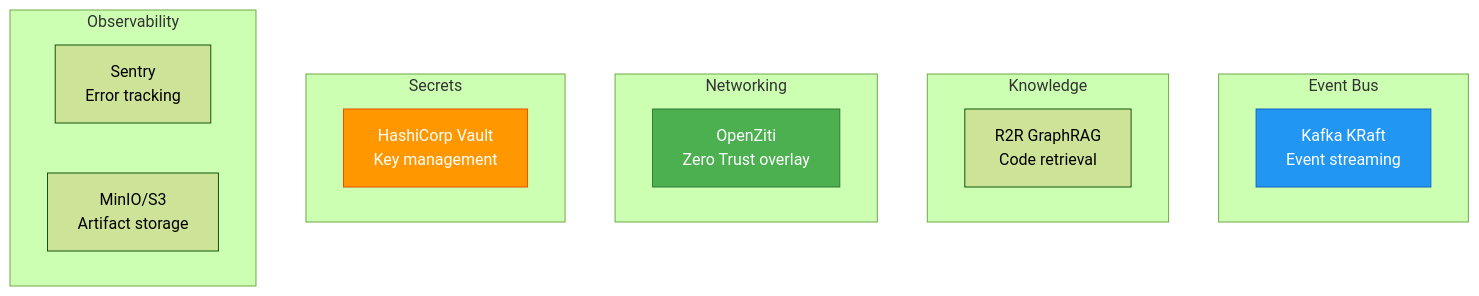
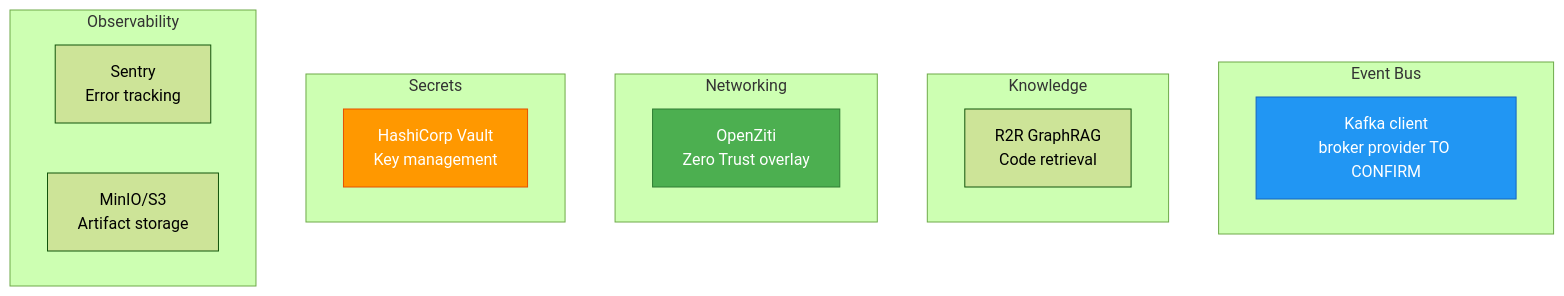
One commit to lgcorzo/rust_CACD_autonomous_factory changed the first of 2 diagrams in wiki/architecture/infrastructure_adapters.md. Above: the diagram before and after it, drawn with Mermaid (forest theme). The commit also changed other lines of this file and 77 other files, not shown here.

````diff
--- a/wiki/architecture/infrastructure_adapters.md
+++ b/wiki/architecture/infrastructure_adapters.md
@@ -23,23 +23,23 @@
 ```mermaid
 graph TB
     subgraph "Event Bus"
-        KAFKA["Kafka KRaft<br/>Event streaming"]
+        KAFKA["Kafka client<br/>broker provider TO CONFIRM"]
     end
     subgraph "Knowledge"
         R2R["R2R GraphRAG<br/>Code retrieval"]
     end
     subgraph "Networking"
         ZITI["OpenZiti<br/>Zero Trust overlay"]
     end
     subgraph "Secrets"
         VAULT["HashiCorp Vault<br/>Key management"]
     end
     subgraph "Observability"
         SENTRY["Sentry<br/>Error tracking"]
         S3["MinIO/S3<br/>Artifact storage"]
     end
 
     style KAFKA fill:#2196F3,stroke:#1565C0,color:#fff
     style ZITI fill:#4CAF50,stroke:#2E7D32,color:#fff
     style VAULT fill:#FF9800,stroke:#E65100,color:#fff
 ```
````
